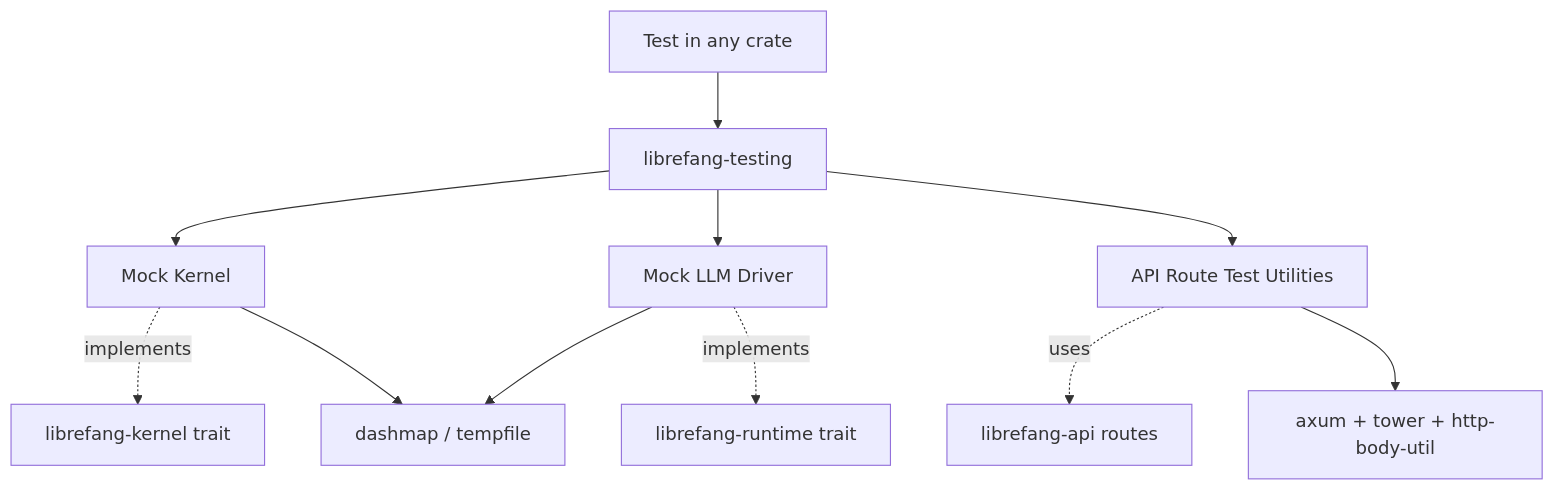
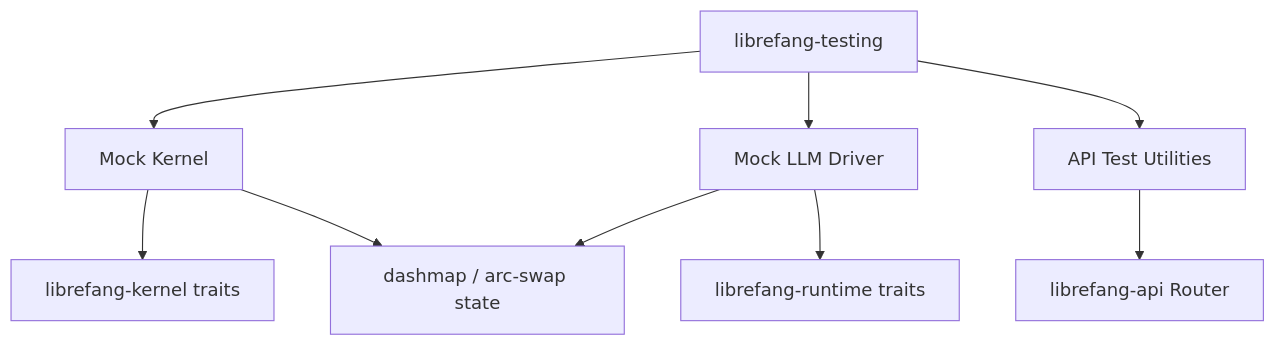
The diagram in other-librefang-testing.md (leszek3737/librefang-WIki), drawn with Mermaid before and after one commit. The commit also changed other lines of this file and 100 other files, not shown here.

````diff
--- a/other-librefang-testing.md
+++ b/other-librefang-testing.md
@@ -33,13 +38,11 @@
 ```mermaid
 graph TD
-    A[Test in any crate] --> B[librefang-testing]
-    B --> C[Mock Kernel]
-    B --> D[Mock LLM Driver]
-    B --> E[API Route Test Utilities]
-    C -.implements.-> F[librefang-kernel trait]
-    D -.implements.-> G[librefang-runtime trait]
-    E -.uses.-> H[librefang-api routes]
-    C --> I[dashmap / tempfile]
-    D --> I
-    E --> J[axum + tower + http-body-util]
+    A[librefang-testing] --> B[Mock Kernel]
+    A --> C[Mock LLM Driver]
+    A --> D[API Test Utilities]
+    B --> E[librefang-kernel traits]
+    C --> F[librefang-runtime traits]
+    D --> G[librefang-api Router]
+    B --> H[dashmap / arc-swap state]
+    C --> H
 ```
````
